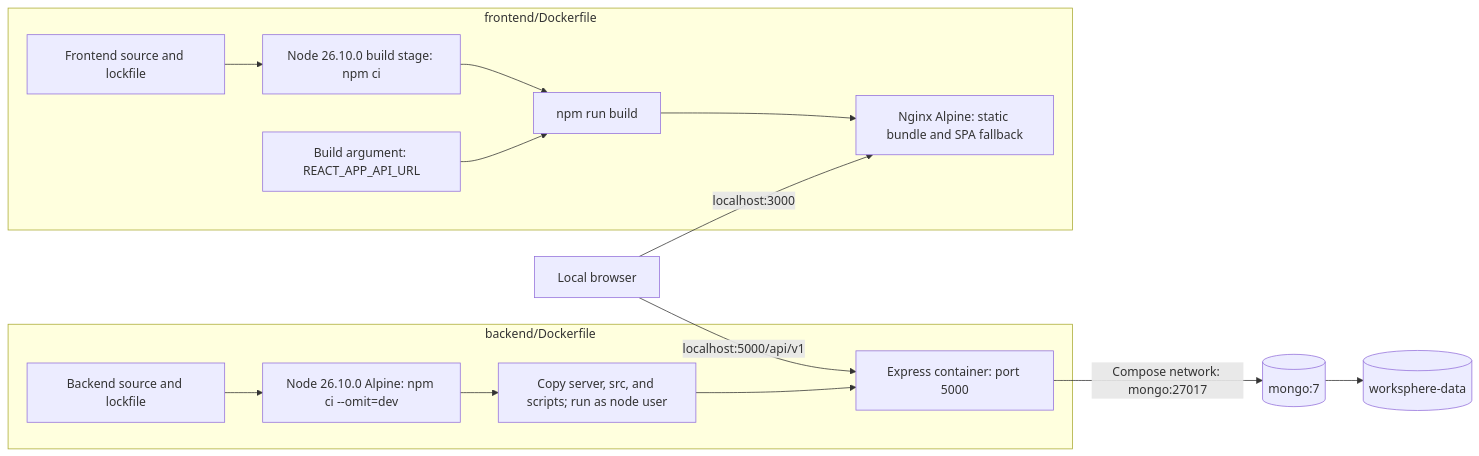
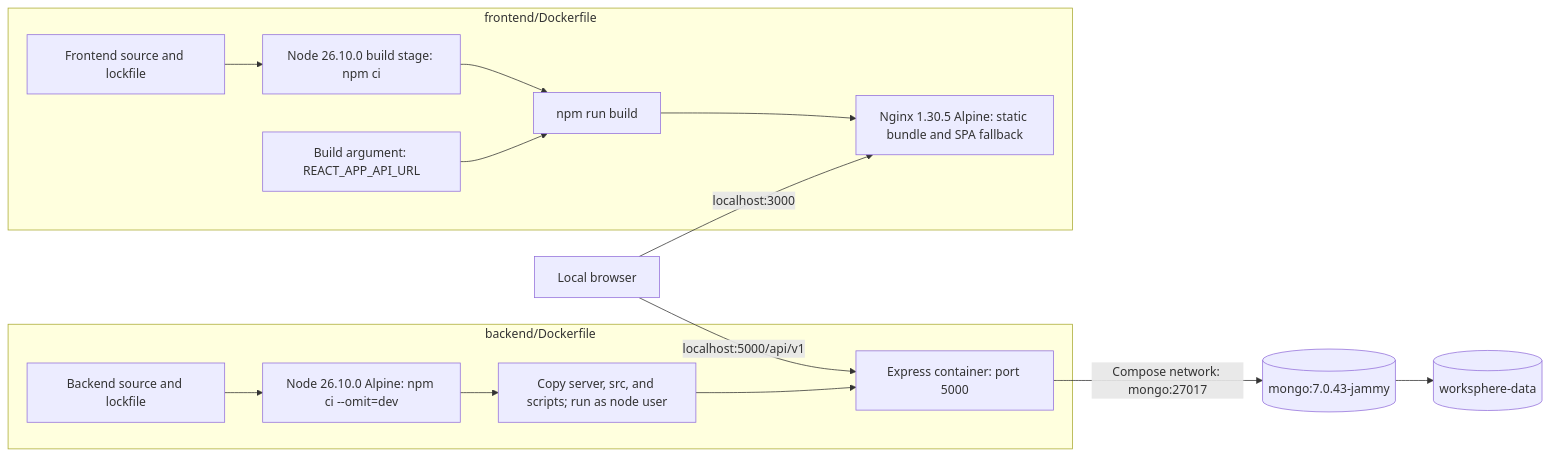
One commit to herve192-hub/WorkSphere changed diagram 31 of 52 in README.md. Above: the diagram before and after it, drawn with Mermaid. The commit also changed other lines of this file and 36 other files, not shown here.

````diff
--- a/README.md
+++ b/README.md
@@ -1508,18 +1508,18 @@
 ```mermaid
 flowchart LR
     subgraph APIBuild["backend/Dockerfile"]
         Backend["Backend source and lockfile"] --> APIInstall["Node 26.10.0 Alpine: npm ci --omit=dev"]
         APIInstall --> APIImage["Copy server, src, and scripts; run as node user"]
         APIImage --> API["Express container: port 5000"]
     end
     subgraph WebBuild["frontend/Dockerfile"]
         Frontend["Frontend source and lockfile"] --> WebInstall["Node 26.10.0 build stage: npm ci"]
         URL["Build argument: REACT_APP_API_URL"] --> Bundle["npm run build"]
         WebInstall --> Bundle
-        Bundle --> Nginx["Nginx Alpine: static bundle and SPA fallback"]
+        Bundle --> Nginx["Nginx 1.30.5 Alpine: static bundle and SPA fallback"]
     end
     Browser["Local browser"] -->|"localhost:3000"| Nginx
     Browser -->|"localhost:5000/api/v1"| API
-    API -->|"Compose network: mongo:27017"| Mongo[("mongo:7")]
+    API -->|"Compose network: mongo:27017"| Mongo[("mongo:7.0.43-jammy")]
     Mongo --> Volume[("worksphere-data")]
 ```
````
